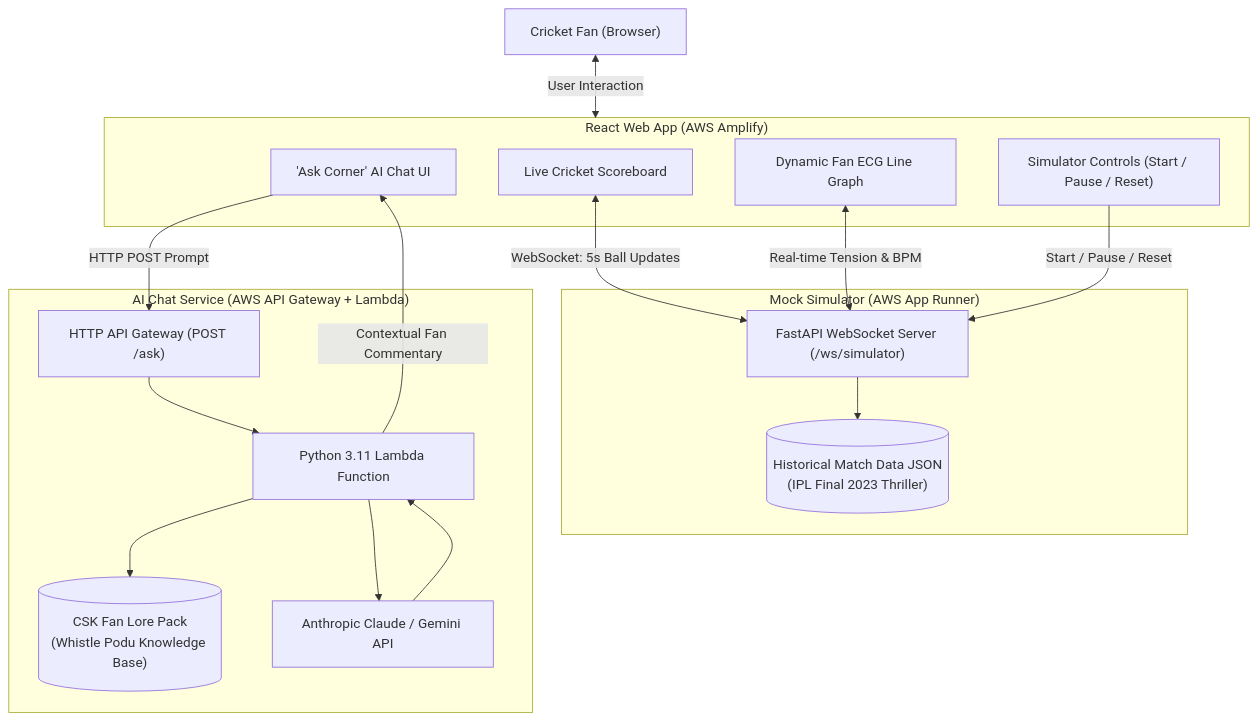
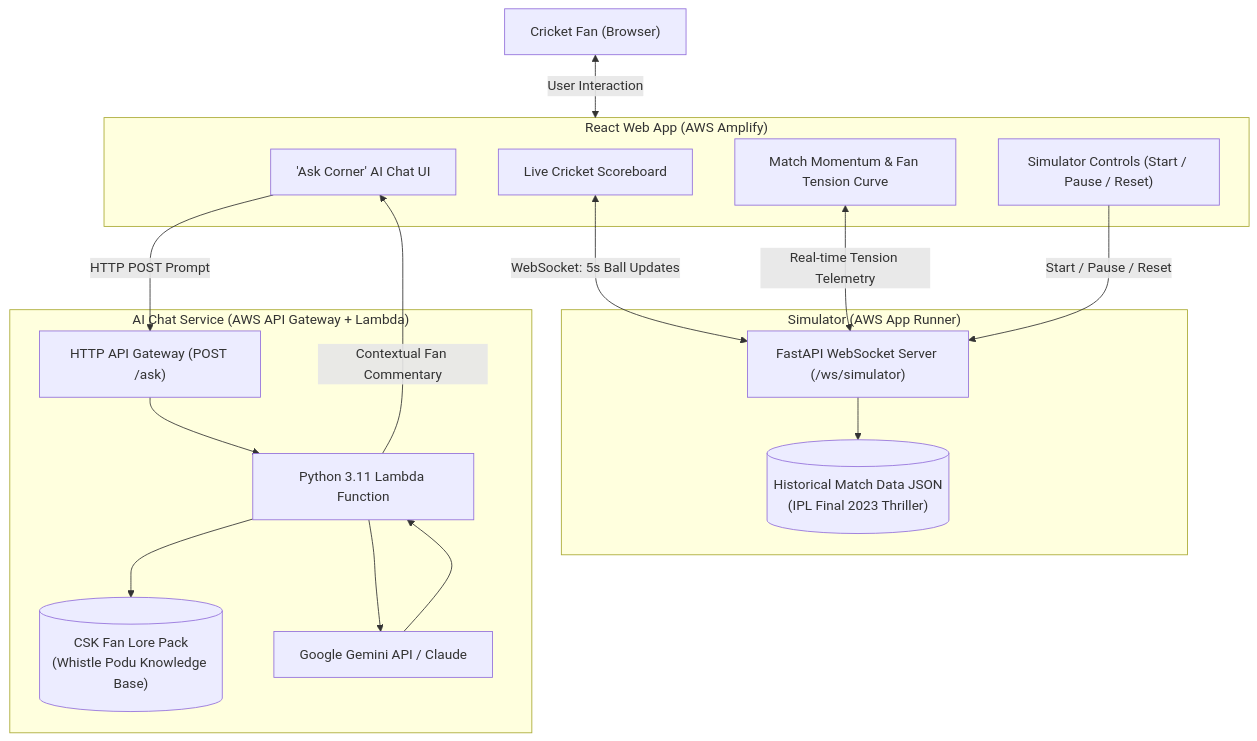
One commit to shreyaanbanerjee/DreamCompanion changed the diagram in README.md. Above: the diagram before and after it, drawn with Mermaid. The commit also changed other lines of this file and 23 other files, not shown here.

````diff
--- a/README.md
+++ b/README.md
@@ -9,36 +14,36 @@
 ```mermaid
 flowchart TD
     User["Cricket Fan (Browser)"]
 
     subgraph Frontend ["React Web App (AWS Amplify)"]
         Scoreboard["Live Cricket Scoreboard"]
-        ECG["Dynamic Fan ECG Line Graph"]
+        ECG["Match Momentum & Fan Tension Curve"]
         Chat["'Ask Corner' AI Chat UI"]
         Controls["Simulator Controls (Start / Pause / Reset)"]
     end
 
-    subgraph Backend ["Mock Simulator (AWS App Runner)"]
+    subgraph Backend ["Simulator (AWS App Runner)"]
         FastAPI["FastAPI WebSocket Server (/ws/simulator)"]
         MatchData[("Historical Match Data JSON\n(IPL Final 2023 Thriller)")]
     end
 
     subgraph ChatService ["AI Chat Service (AWS API Gateway + Lambda)"]
         APIGW["HTTP API Gateway (POST /ask)"]
         Lambda["Python 3.11 Lambda Function"]
         LorePack[("CSK Fan Lore Pack\n(Whistle Podu Knowledge Base)")]
-        LLM["Anthropic Claude / Gemini API"]
+        LLM["Google Gemini API / Claude"]
     end
 
     User <-->|User Interaction| Frontend
     Scoreboard <-->|WebSocket: 5s Ball Updates| FastAPI
-    ECG <-->|Real-time Tension & BPM| FastAPI
+    ECG <-->|Real-time Tension Telemetry| FastAPI
     Controls -->|Start / Pause / Reset| FastAPI
     FastAPI --> MatchData
 
     Chat -->|HTTP POST Prompt| APIGW
     APIGW --> Lambda
     Lambda --> LorePack
     Lambda --> LLM
     LLM --> Lambda
     Lambda -->|Contextual Fan Commentary| Chat
 ```
````
